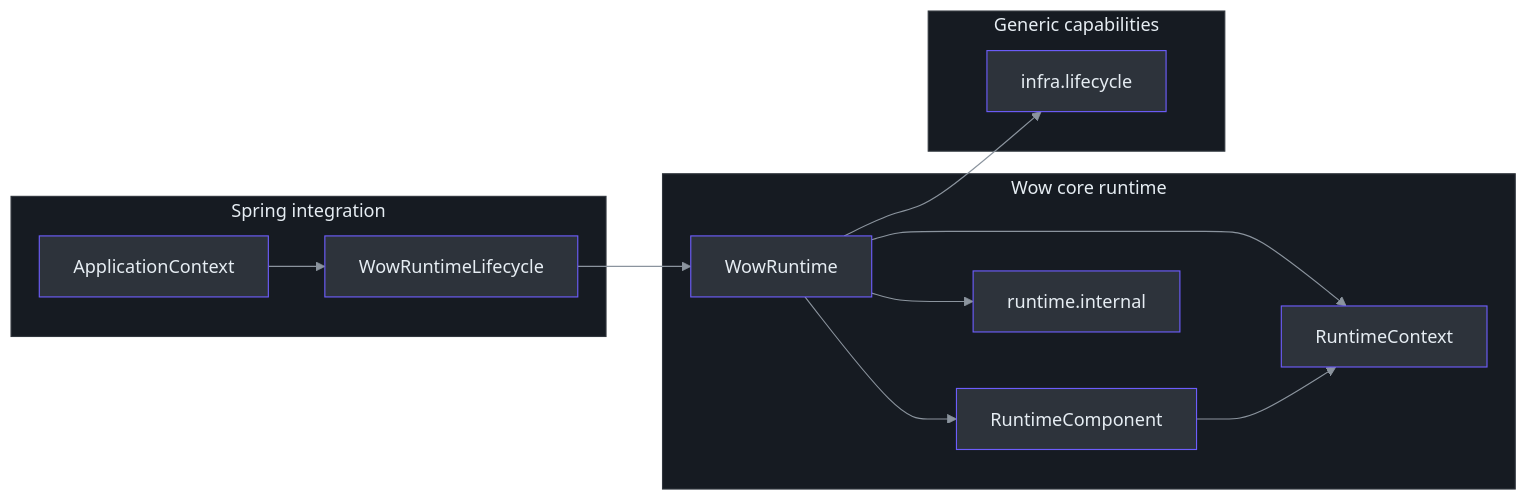
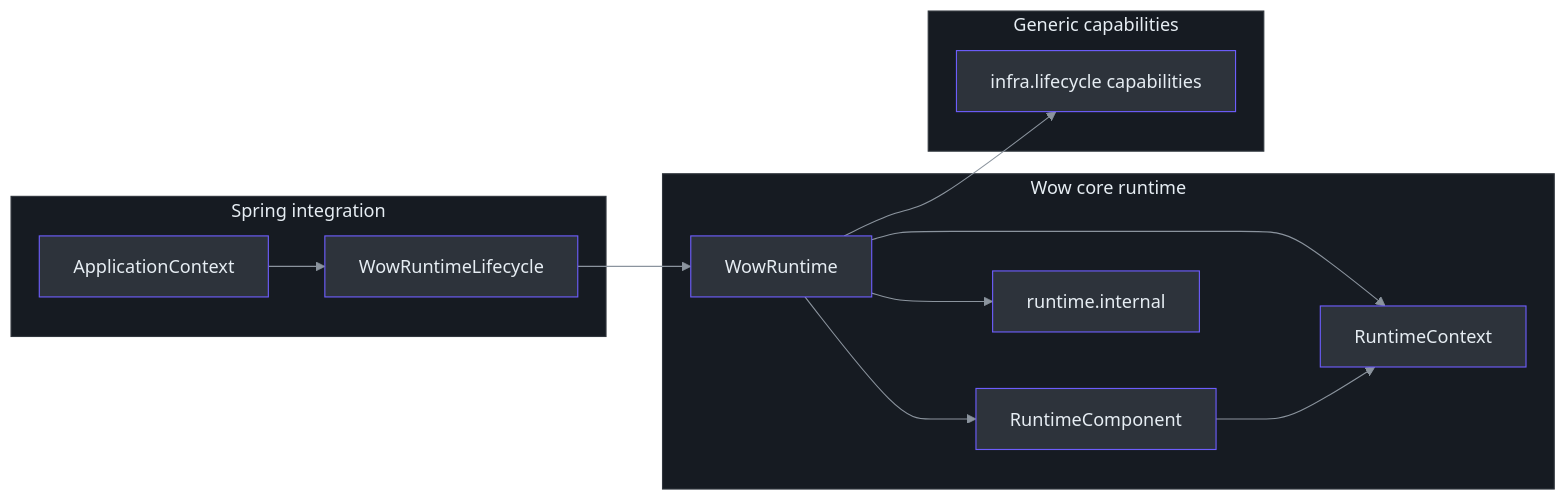
Before and after one commit to Ahoo-Wang/Wow: the first of 5 diagrams in documentation/docs/en/guide/advanced/runtime-lifecycle.md, drawn with Mermaid. The commit also changed other lines of this file and 55 other files, not shown here.

````diff
--- a/documentation/docs/en/guide/advanced/runtime-lifecycle.md
+++ b/documentation/docs/en/guide/advanced/runtime-lifecycle.md
@@ -41,31 +45,31 @@
 ```mermaid
 %%{init: {"theme":"base","themeVariables":{"primaryColor":"#2d333b","primaryBorderColor":"#6d5dfc","primaryTextColor":"#e6edf3","lineColor":"#8b949e","secondaryColor":"#161b22","tertiaryColor":"#161b22"}}}%%
 flowchart LR
     subgraph SPRING["Spring integration"]
         APP["ApplicationContext"]
         BRIDGE["WowRuntimeLifecycle"]
     end
     subgraph CORE["Wow core runtime"]
         RUNTIME["WowRuntime"]
         COMPONENT["RuntimeComponent"]
         CONTEXT["RuntimeContext"]
         INTERNAL["runtime.internal"]
     end
     subgraph GENERIC["Generic capabilities"]
-        LIFECYCLE["infra.lifecycle"]
+        LIFECYCLE["infra.lifecycle capabilities"]
     end
 
     APP --> BRIDGE
     BRIDGE --> RUNTIME
     RUNTIME --> COMPONENT
     RUNTIME --> CONTEXT
     RUNTIME --> INTERNAL
     RUNTIME --> LIFECYCLE
     COMPONENT --> CONTEXT
 
     classDef runtime fill:#2d333b,stroke:#6d5dfc,color:#e6edf3
     class APP,BRIDGE,RUNTIME,COMPONENT,CONTEXT,INTERNAL,LIFECYCLE runtime
     style SPRING fill:#161b22,stroke:#30363d,color:#e6edf3
     style CORE fill:#161b22,stroke:#30363d,color:#e6edf3
     style GENERIC fill:#161b22,stroke:#30363d,color:#e6edf3
 ```
````
